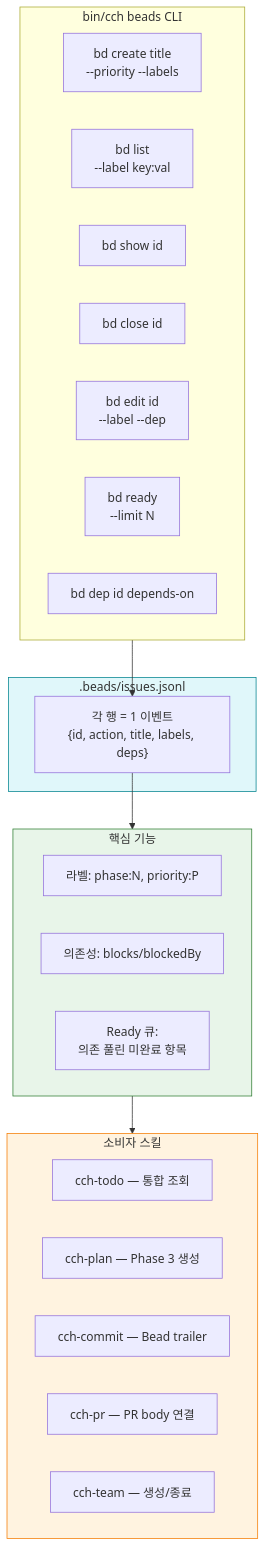
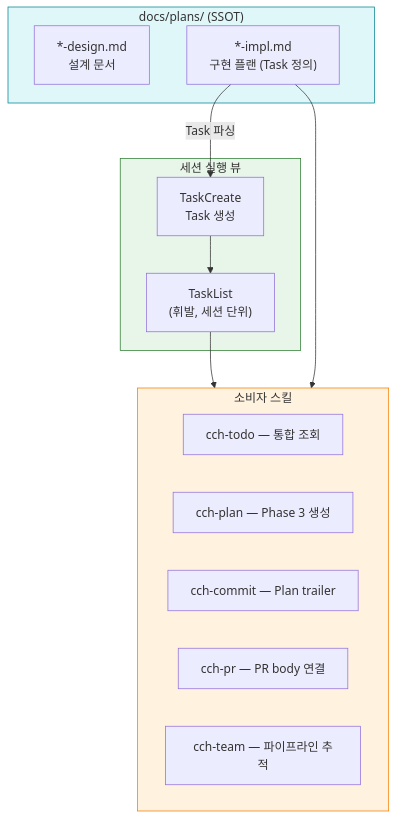
Diagram 13 of 17 in docs/diagrams/cch-workflows.md (skdkfk8758/claude-code-harness), drawn with Mermaid before and after one commit. The commit also changed other lines of this file and 1 other file, not shown here.

First line of the commit message:
docs: update workflow diagrams for v3, archive plugin reference

````diff
--- a/docs/diagrams/cch-workflows.md
+++ b/docs/diagrams/cch-workflows.md
@@ -691,38 +637,29 @@
 ```mermaid
 flowchart TD
-    subgraph CLI["bin/cch beads CLI"]
-        CREATE["bd create title<br/>--priority --labels"]
-        LIST["bd list<br/>--label key:val"]
-        SHOW["bd show id"]
-        CLOSE["bd close id"]
-        EDIT["bd edit id<br/>--label --dep"]
-        READY["bd ready<br/>--limit N"]
-        DEP["bd dep id depends-on"]
+    subgraph PlanDocs["docs/plans/ (SSOT)"]
+        DESIGN["*-design.md<br/>설계 문서"]
+        IMPL["*-impl.md<br/>구현 플랜 (Task 정의)"]
     end
 
-    subgraph Storage[".beads/issues.jsonl"]
-        JSONL["각 행 = 1 이벤트<br/>{id, action, title, labels, deps}"]
-    end
-
-    subgraph Features["핵심 기능"]
-        LABELS["라벨: phase:N, priority:P"]
-        DEPS["의존성: blocks/blockedBy"]
-        READY_Q["Ready 큐:<br/>의존 풀린 미완료 항목"]
+    subgraph SessionView["세션 실행 뷰"]
+        TASKLIST["TaskList<br/>(휘발, 세션 단위)"]
+        TASKCREATE["TaskCreate<br/>Task 생성"]
     end
 
     subgraph Consumers["소비자 스킬"]
         TODO["cch-todo — 통합 조회"]
         PLAN_S["cch-plan — Phase 3 생성"]
-        COMMIT_S["cch-commit — Bead trailer"]
+        COMMIT_S["cch-commit — Plan trailer"]
         PR_S["cch-pr — PR body 연결"]
-        TEAM_S["cch-team — 생성/종료"]
+        TEAM_S["cch-team — 파이프라인 추적"]
     end
 
-    CLI --> JSONL
-    JSONL --> Features
-    Features --> Consumers
+    IMPL -->|"Task 파싱"| TASKCREATE
+    TASKCREATE --> TASKLIST
+    TASKLIST --> Consumers
+    IMPL --> Consumers
 
-    style Storage fill:#E0F7FA,stroke:#00838F
-    style Features fill:#E8F5E9,stroke:#2E7D32
+    style PlanDocs fill:#E0F7FA,stroke:#00838F
+    style SessionView fill:#E8F5E9,stroke:#2E7D32
     style Consumers fill:#FFF3E0,stroke:#F57C00
 ```
````
